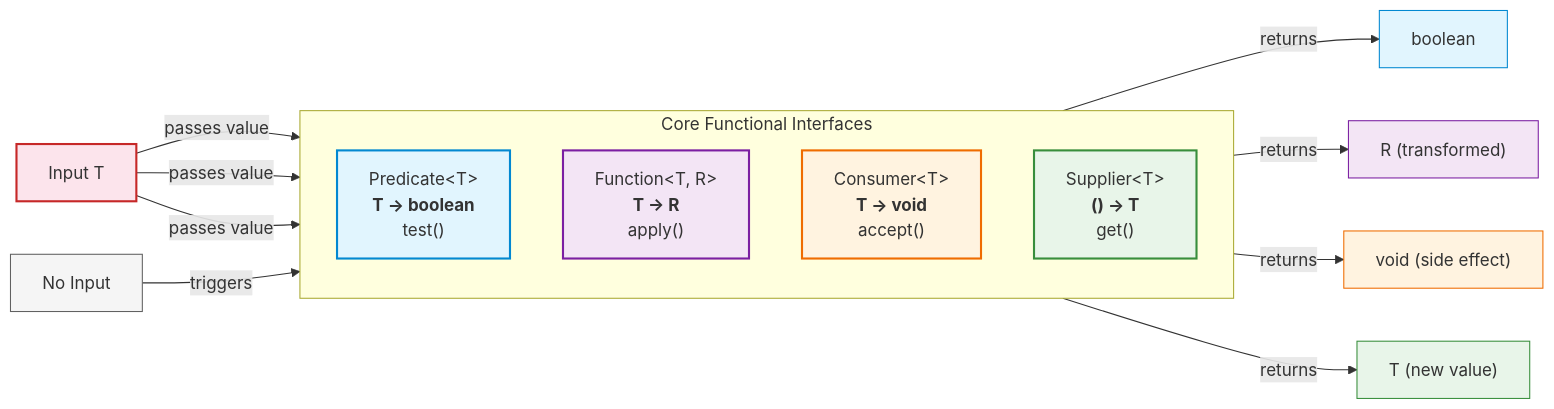
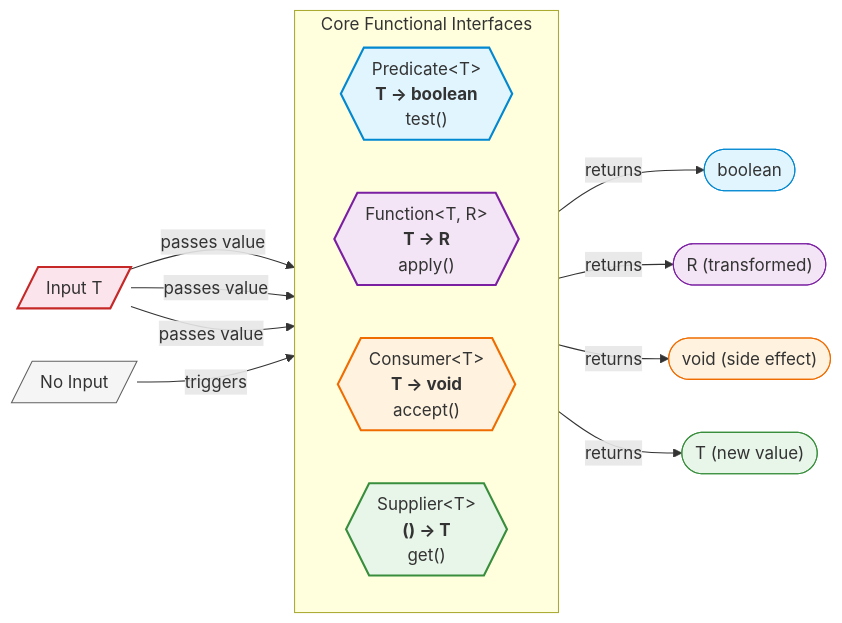
One commit to saivamsikaruturi/vamsilabs-dev-notes-main changed the first of 3 diagrams in docs/java/Java8.md. Above: the diagram before and after it, drawn with Mermaid. The commit also changed other lines of this file and 146 other files, not shown here.

Commit message:
Horizontal diagrams, UML class diagrams, typography overhaul, and permalink cleanup

````diff
--- a/docs/java/Java8.md
+++ b/docs/java/Java8.md
@@ -41,31 +41,31 @@
 ```mermaid
-graph LR
+flowchart LR
     subgraph FunctionalInterfaces["Core Functional Interfaces"]
-        direction TB
-        P["Predicate&lt;T&gt;<br/><b>T → boolean</b><br/>test()"]
-        F["Function&lt;T, R&gt;<br/><b>T → R</b><br/>apply()"]
-        C["Consumer&lt;T&gt;<br/><b>T → void</b><br/>accept()"]
-        S["Supplier&lt;T&gt;<br/><b>() → T</b><br/>get()"]
+        direction LR
+        P{{"Predicate&lt;T&gt;<br/><b>T → boolean</b><br/>test()"}}
+        F{{"Function&lt;T, R&gt;<br/><b>T → R</b><br/>apply()"}}
+        C{{"Consumer&lt;T&gt;<br/><b>T → void</b><br/>accept()"}}
+        S{{"Supplier&lt;T&gt;<br/><b>() → T</b><br/>get()"}}
     end
 
-    IN["Input T"] -->|"passes value"| P
+    IN[/"Input T"/] -->|"passes value"| P
     IN -->|"passes value"| F
     IN -->|"passes value"| C
-    NOTHING["No Input"] -->|"triggers"| S
+    NOTHING[/"No Input"/] -->|"triggers"| S
 
-    P -->|"returns"| BOOL["boolean"]
-    F -->|"returns"| R["R (transformed)"]
-    C -->|"returns"| VOID["void (side effect)"]
-    S -->|"returns"| T["T (new value)"]
+    P -->|"returns"| BOOL(["boolean"])
+    F -->|"returns"| R(["R (transformed)"])
+    C -->|"returns"| VOID(["void (side effect)"])
+    S -->|"returns"| T(["T (new value)"])
 
     style P fill:#e1f5fe,stroke:#0288d1,stroke-width:2px
     style F fill:#f3e5f5,stroke:#7b1fa2,stroke-width:2px
     style C fill:#fff3e0,stroke:#ef6c00,stroke-width:2px
     style S fill:#e8f5e9,stroke:#388e3c,stroke-width:2px
     style BOOL fill:#e1f5fe,stroke:#0288d1
     style R fill:#f3e5f5,stroke:#7b1fa2
     style VOID fill:#fff3e0,stroke:#ef6c00
     style T fill:#e8f5e9,stroke:#388e3c
     style IN fill:#fce4ec,stroke:#c62828,stroke-width:2px
     style NOTHING fill:#f5f5f5,stroke:#616161
 ```
````
